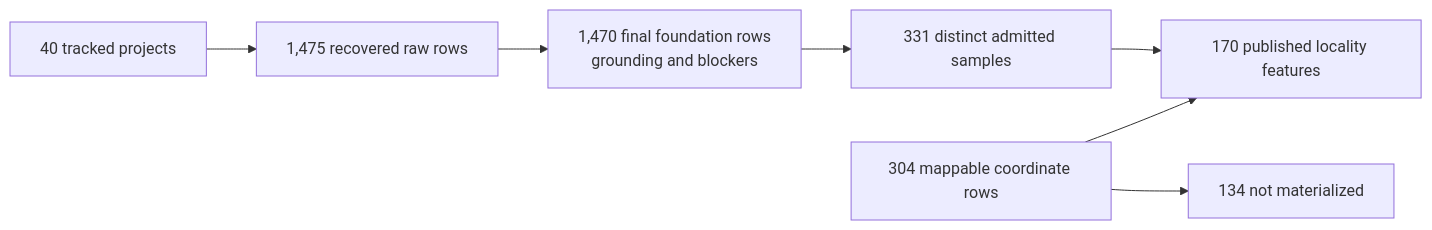
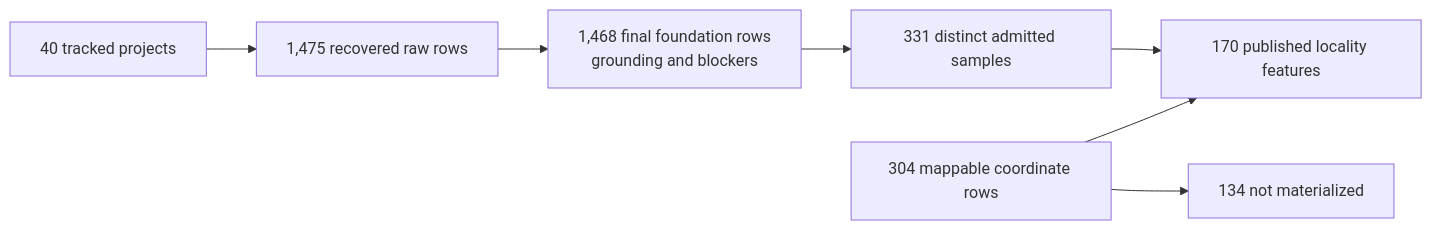
The third of 8 diagrams in docs/public/pollenomics-data/evidence/index.md (bijux/bijux-pollenomics), drawn with Mermaid before and after one commit. The commit also changed other lines of this file and 16 other files, not shown here.

Commit message:
docs(adna): reconcile final sample claims with governed foundation

````diff
--- a/docs/public/pollenomics-data/evidence/index.md
+++ b/docs/public/pollenomics-data/evidence/index.md
@@ -132,9 +132,9 @@
 ```mermaid
 flowchart LR
     Inventory["40 tracked projects"] --> Raw["1,475 recovered raw rows"]
-    Raw --> Foundation["1,470 final foundation rows<br/>grounding and blockers"]
+    Raw --> Foundation["1,468 final foundation rows<br/>grounding and blockers"]
     Foundation --> Samples["331 distinct admitted samples"]
     Samples --> Product["170 published locality features"]
     Mappable["304 mappable coordinate rows"] --> Product
     Mappable --> Excluded["134 not materialized"]
 ```
````
